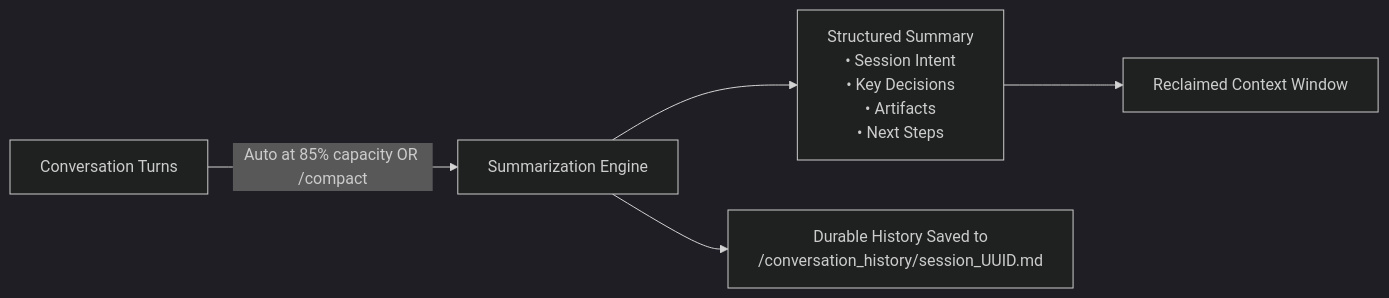
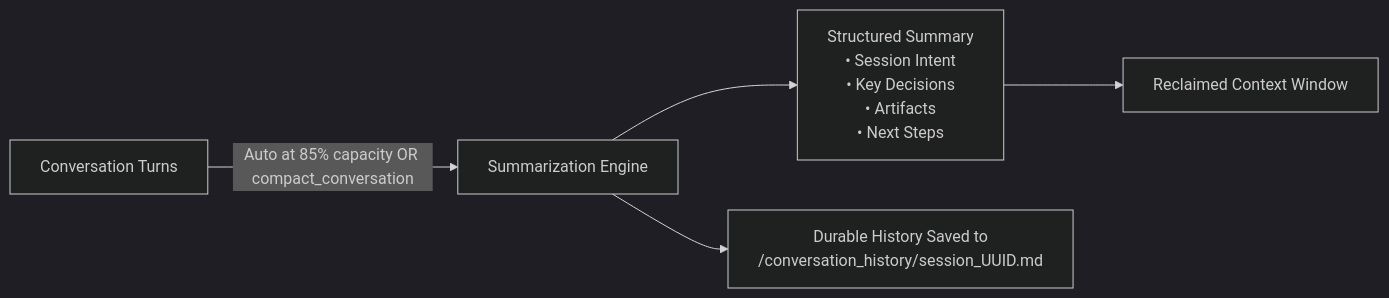
One commit to arrase/ollama-agent changed the third of 8 diagrams in docs/architecture.md. Above: the diagram before and after it, drawn with Mermaid (dark theme). The commit also changed other lines of this file and 30 other files, not shown here.

````diff
--- a/docs/architecture.md
+++ b/docs/architecture.md
@@ -99,7 +99,7 @@
 ```mermaid
 flowchart LR
-    A[Conversation Turns] -->|Auto at 85% capacity OR /compact| B[Summarization Engine]
+    A[Conversation Turns] -->|Auto at 85% capacity OR compact_conversation| B[Summarization Engine]
     B --> C[Structured Summary\n• Session Intent\n• Key Decisions\n• Artifacts\n• Next Steps]
     B --> D[Durable History Saved to\n/conversation_history/session_UUID.md]
     C --> E[Reclaimed Context Window]
 ```
````
